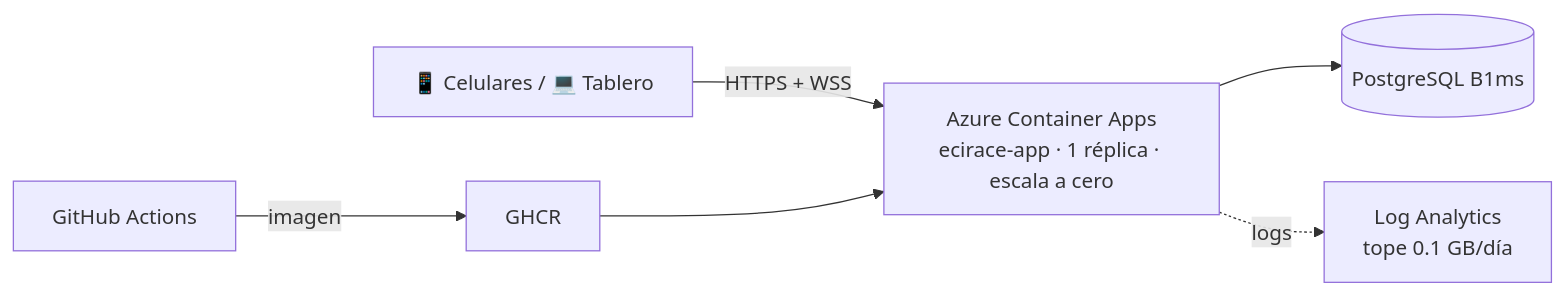
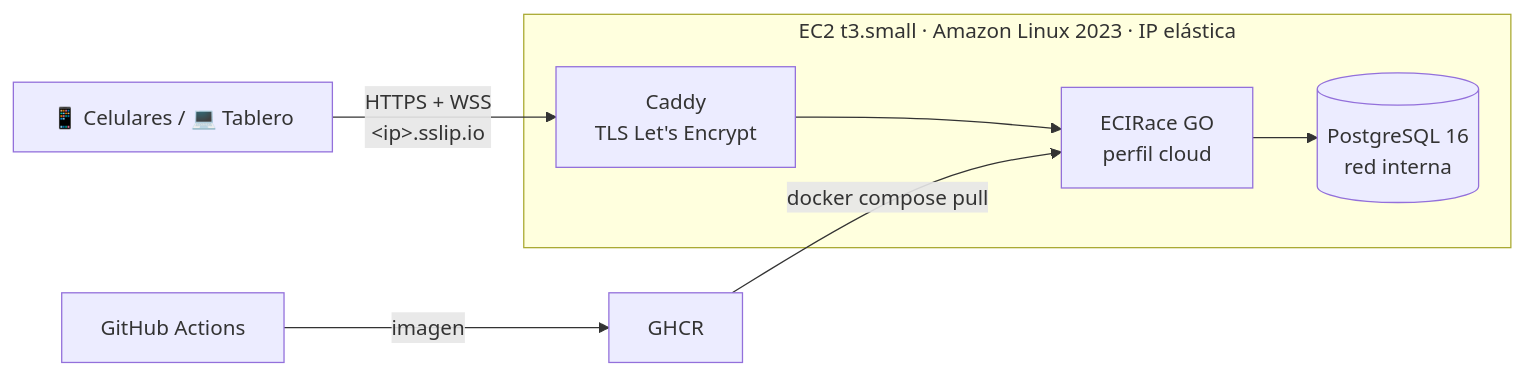
The second of 2 diagrams in README.md (Cristian-Aristi/ECIRace_Go_The_Colombian_Race_Competence_is_Here), drawn with Mermaid before and after one commit. The commit also changed other lines of this file, not shown here.

````diff
--- a/README.md
+++ b/README.md
@@ -326,7 +328,9 @@
 ```mermaid
 flowchart LR
-    U["📱 Celulares / 💻 Tablero"] -- "HTTPS + WSS" --> CA["Azure Container Apps<br/>ecirace-app · 1 réplica · escala a cero"]
-    CA --> PG[("PostgreSQL B1ms")]
-    CA -. logs .-> LA["Log Analytics<br/>tope 0.1 GB/día"]
-    GH["GitHub Actions"] -- imagen --> GHCR["GHCR"] --> CA
+    U["📱 Celulares / 💻 Tablero"] -- "HTTPS + WSS<br/>&lt;ip&gt;.sslip.io" --> C
+    subgraph EC2["EC2 t3.small · Amazon Linux 2023 · IP elástica"]
+        C["Caddy<br/>TLS Let's Encrypt"] --> A["ECIRace GO<br/>perfil cloud"]
+        A --> PG[("PostgreSQL 16<br/>red interna")]
+    end
+    GH["GitHub Actions"] -- imagen --> GHCR["GHCR"] -- "docker compose pull" --> A
 ```
````
